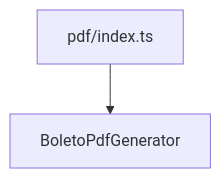
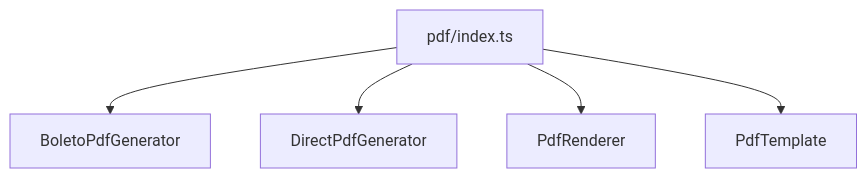
The diagram in src/generators/pdf/index.doc.md (linkiez/BoletoSDK), drawn with Mermaid before and after one commit. The commit also changed other lines of this file and 12 other files, not shown here.

````diff
--- a/src/generators/pdf/index.doc.md
+++ b/src/generators/pdf/index.doc.md
@@ -24,4 +27,7 @@
 ```mermaid
 flowchart TD
   A[pdf/index.ts] --> B[BoletoPdfGenerator]
+  A --> C[DirectPdfGenerator]
+  A --> D[PdfRenderer]
+  A --> E[PdfTemplate]
 ```
````
